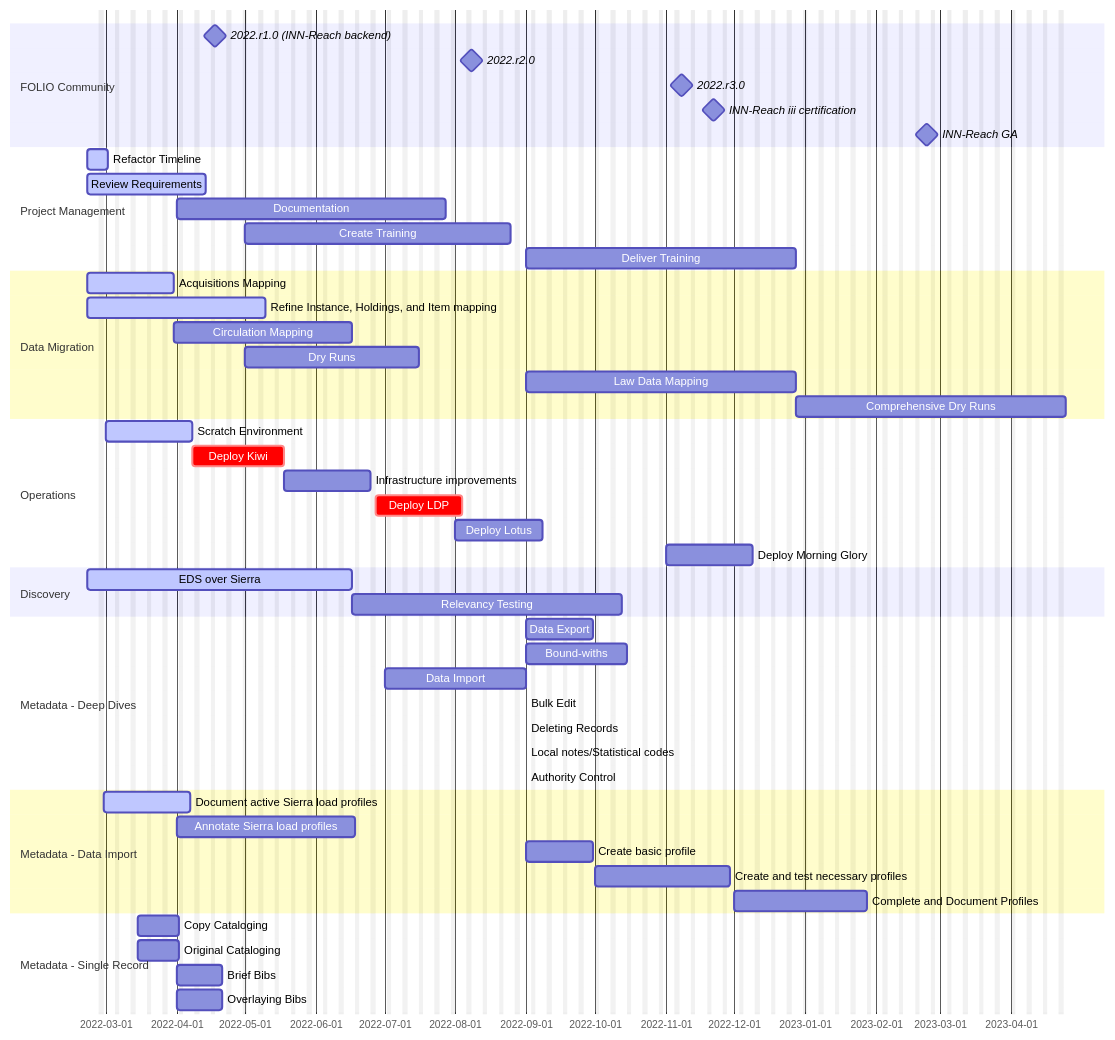
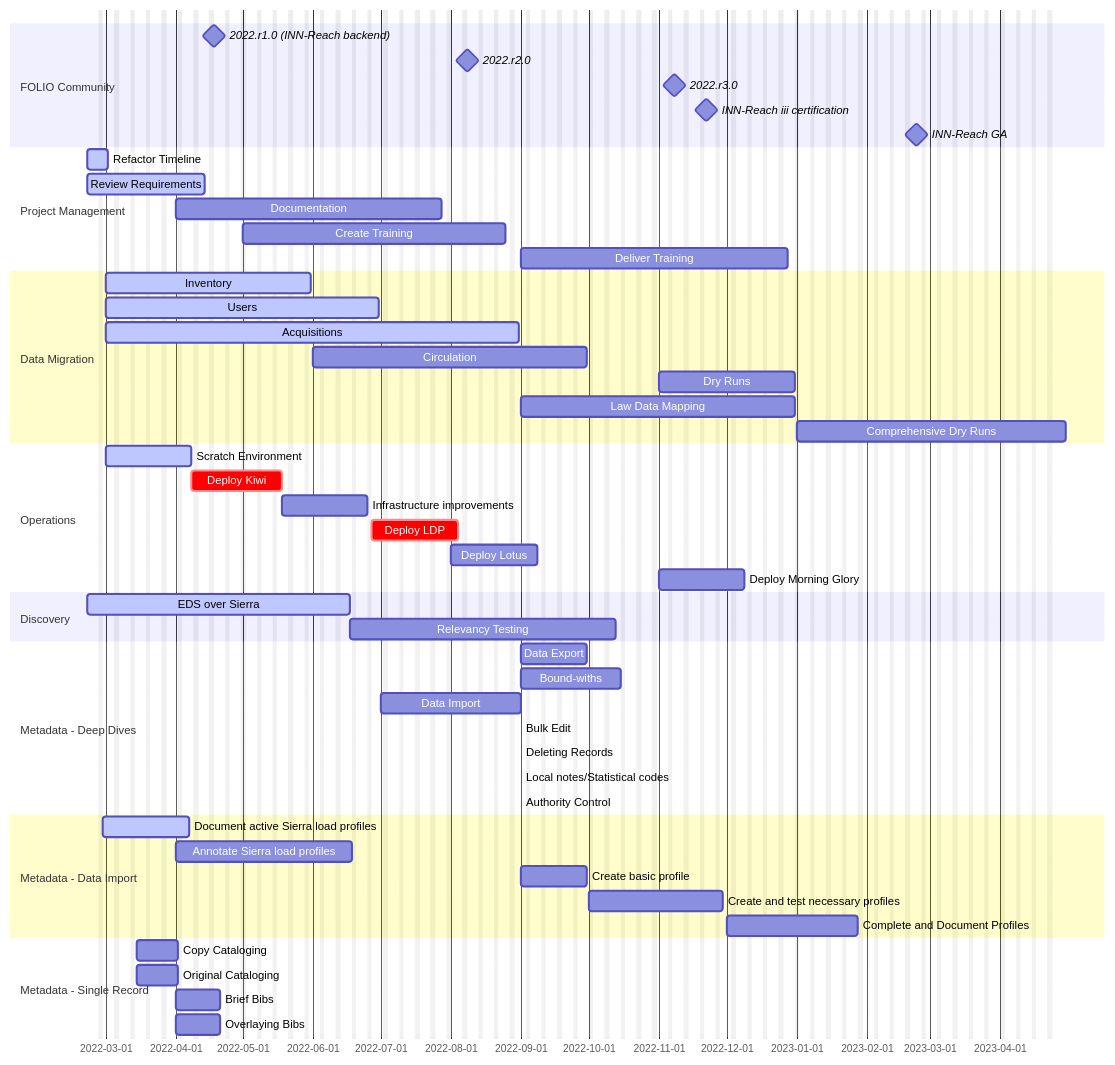
Before and after one commit to culibraries/folio: the first of 2 diagrams in docs/admin/timelines.md, drawn with Mermaid. The commit also changed other lines of this file, not shown here.

Commit message:
Update timelines for Data Migration.

````diff
--- a/docs/admin/timelines.md
+++ b/docs/admin/timelines.md
@@ -19,63 +19,64 @@
 ```{mermaid}
   gantt
       dateFormat  YYYY-MM-DD
       excludes  weekends
       axisFormat %Y-%m-%d
 
       section FOLIO Community
       2022.r1.0 (INN-Reach backend) :milestone, 2022-04-18, 0d
       2022.r2.0 :milestone, 2022-08-08, 0d
       2022.r3.0 :milestone, 2022-11-08, 0d
       INN-Reach iii certification :milestone, 2022-11-22, 0d
       INN-Reach GA :milestone, 2023-02-23, 0d
 
       section Project Management
       Refactor Timeline     :active, 2022-02-21, 1w
       Review Requirements   :active, 2022-02-21, 38d
       Documentation :2022-04-01, 12w
       Create Training :2022-05-01, 12w
       Deliver Training :2022-09-01, 12w
 
       section Data Migration
-      Acquisitions Mapping :active, dm1, 2022-02-21, 4w
-      Refine Instance, Holdings, and Item mapping :active, 2022-02-21, 8w
-      Circulation Mapping:dm3, after dm1, 8w
-      Dry Runs :2022-05-01, 8w
-      Law Data Mapping      :d4, 2022-09-01  , 12w
-      Comprehensive Dry Runs      :d5, after d4, 12w
+      Inventory :active, 2022-03-01, 2022-05-31
+      Users : active, 2022-03-01, 2022-06-30
+      Acquisitions :active, 2022-03-01, 2022-08-31
+      Circulation: 2022-06-01, 2022-09-30
+      Dry Runs :2022-11-01, 2022-12-31
+      Law Data Mapping :d4, 2022-09-01 , 2022-12-31
+      Comprehensive Dry Runs :2023-01-01, 2023-04-30
 
       section Operations
       Scratch Environment :active, o1, 2022-03-01, 4w
       Deploy Kiwi :crit, o2, after o1,  4w
       Infrastructure improvements :o3, after o2, 4w
       Deploy LDP :crit, o4, after o3, 4w
       Deploy Lotus :o5, 2022-08-01, 4w
       Deploy Morning Glory :o6, 2022-11-01, 4w
 
       section Discovery
       EDS over Sierra   :active, d1, 2022-02-21, 12w
       Relevancy Testing  :12w
 
       section Metadata - Deep Dives
       Data Export: 2022-09-01,2022-09-30
       Bound-withs: 2022-09-01,2022-10-15
       Data Import: 2022-07-01,2022-09-01
       Bulk Edit: 
       Deleting Records: 
       Local notes/Statistical codes: 
       Authority Control: 
 
       section Metadata - Data Import
       Document active Sierra load profiles :active, 2022-02-28, 4w
       Annotate Sierra load profiles :2022-04-01, 8w
       Create basic profile :2022-09-01, 3w
       Create and test necessary profiles :2022-10-01, 6w
       Complete and Document Profiles :2022-12-01, 6w
 
       section Metadata - Single Record
       Copy Cataloging: 2022-03-15, 2w
       Original Cataloging: 2022-03-15, 2w
       Brief Bibs: 2022-04-01, 2w
       Overlaying Bibs: 2022-04-01, 2w
 
 ```
````
